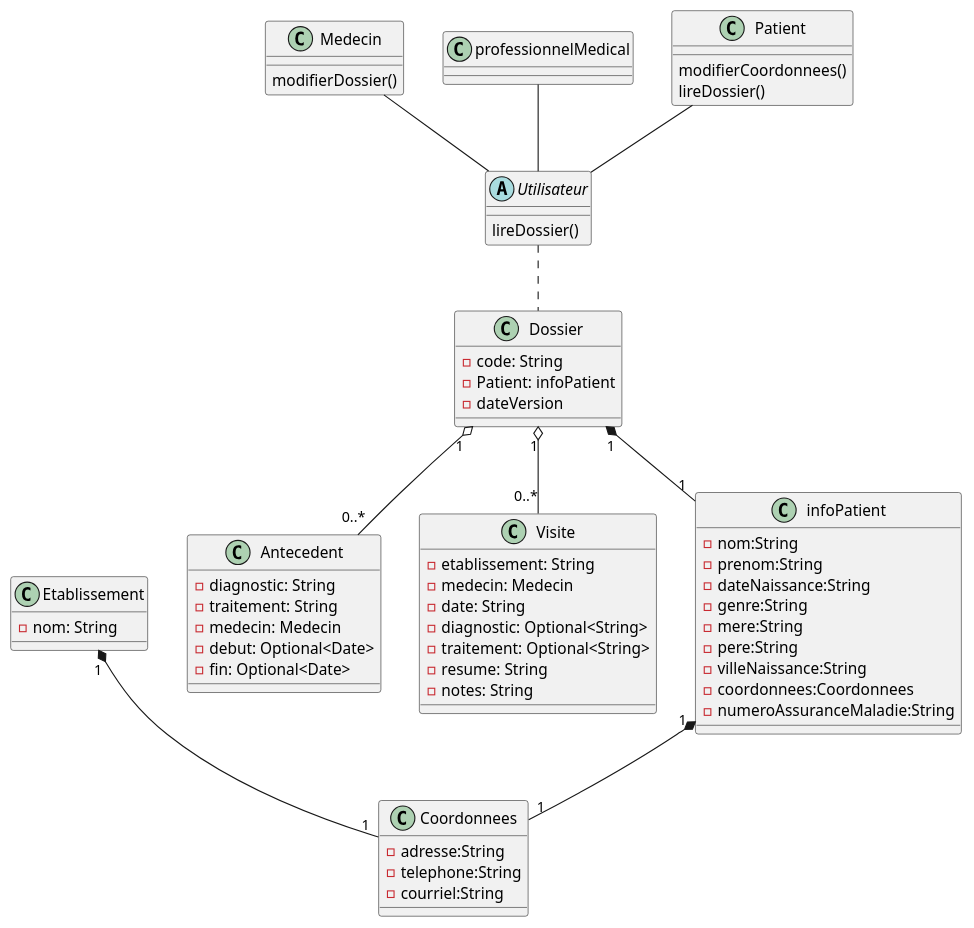
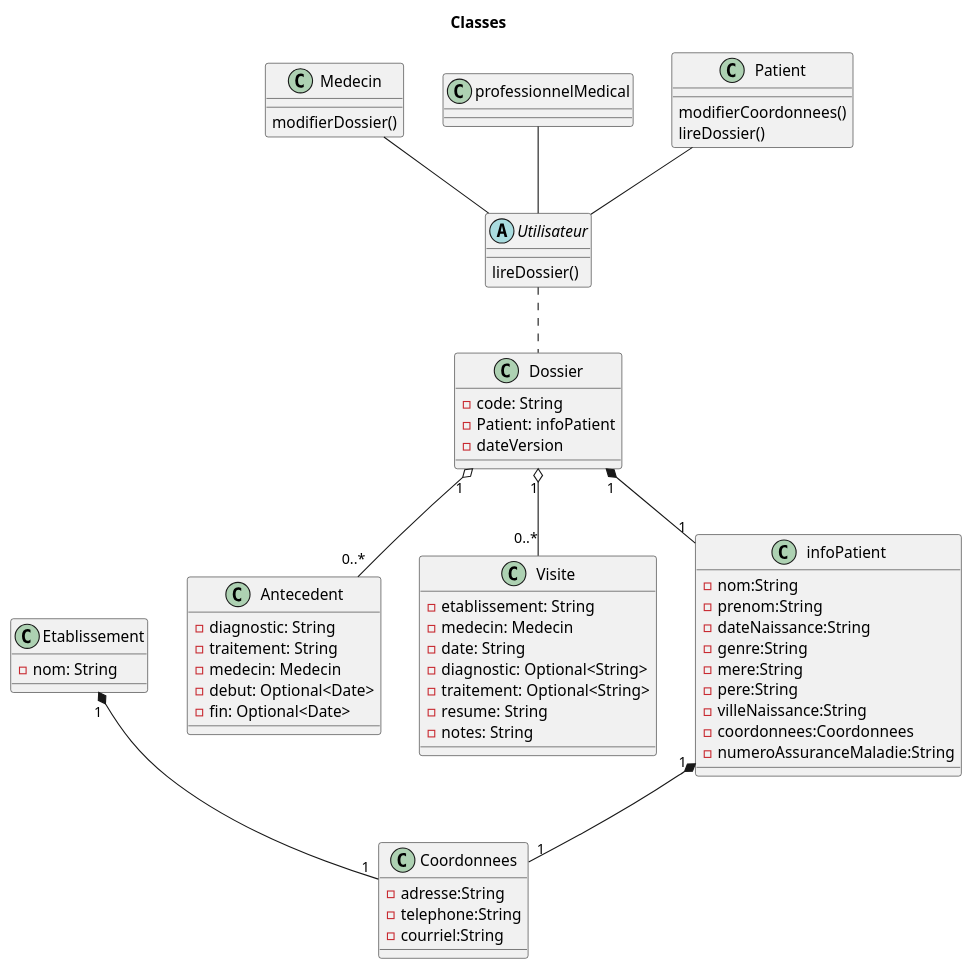
One commit to vbrayuqam/projet-genielog changed the diagram in classes.puml. Above: the diagram before and after it, drawn with PlantUML. The commit also changed 6 other files, not shown here.

```diff
--- a/classes.puml
+++ b/classes.puml
@@ -1,85 +1,87 @@
 @startuml Classes
+
+title Classes
 
 class Dossier{
     - code: String
     - Patient: infoPatient
     - dateVersion
 }
 
 class Antecedent{
     - diagnostic: String
     - traitement: String
     - medecin: Medecin
     - debut: Optional<Date>
     - fin: Optional<Date>
 }
 
 class Visite{
     - etablissement: String
     - medecin: Medecin
     - date: String
     - diagnostic: Optional<String>
     - traitement: Optional<String>
     - resume: String
     - notes: String
 }
 
 
 class Medecin{
     modifierDossier()
 
 }
 
 class Coordonnees{
     -adresse:String
     -telephone:String
     -courriel:String
 }
 
 class professionnelMedical{}
 
 class Patient{
 
     modifierCoordonnees()
     lireDossier()
 }
 
 class infoPatient{
     -nom:String
     -prenom:String
     -dateNaissance:String
     -genre:String
     -mere:String
     -pere:String
     -villeNaissance:String
     -coordonnees:Coordonnees
     -numeroAssuranceMaladie:String
 }
 
 
 abstract Utilisateur{
     lireDossier()
 }
 
 class Etablissement{
     - nom: String
 }
 
 Patient -- Utilisateur
 Medecin -- Utilisateur
 professionnelMedical -- Utilisateur
 
 Utilisateur .. Dossier
 
 
 Etablissement "1" *-- "1" Coordonnees
 infoPatient "1" *-- "1" Coordonnees
 
 
 Dossier "1" *-- "1" infoPatient
 
 Dossier "1" o-- "0..*" Antecedent
 
 Dossier "1" o-- "0..*" Visite
 
 @enduml
```
